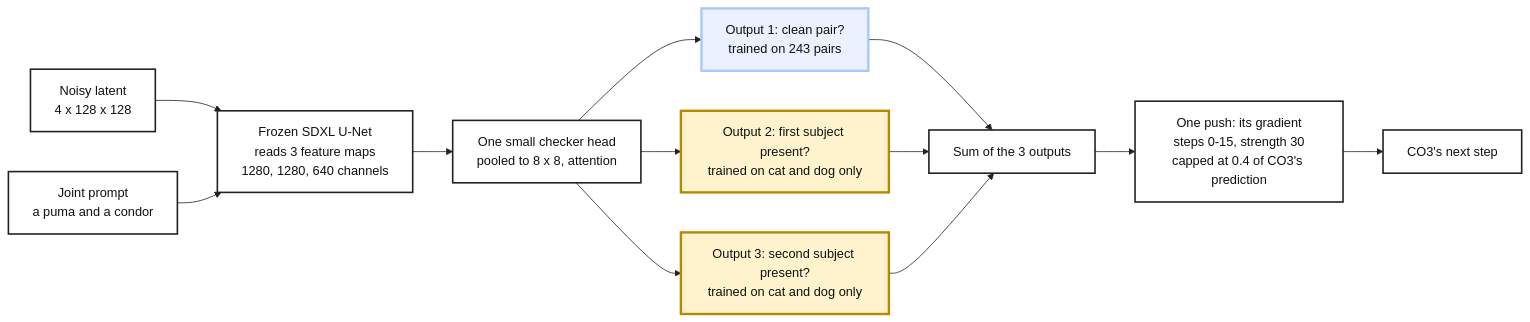
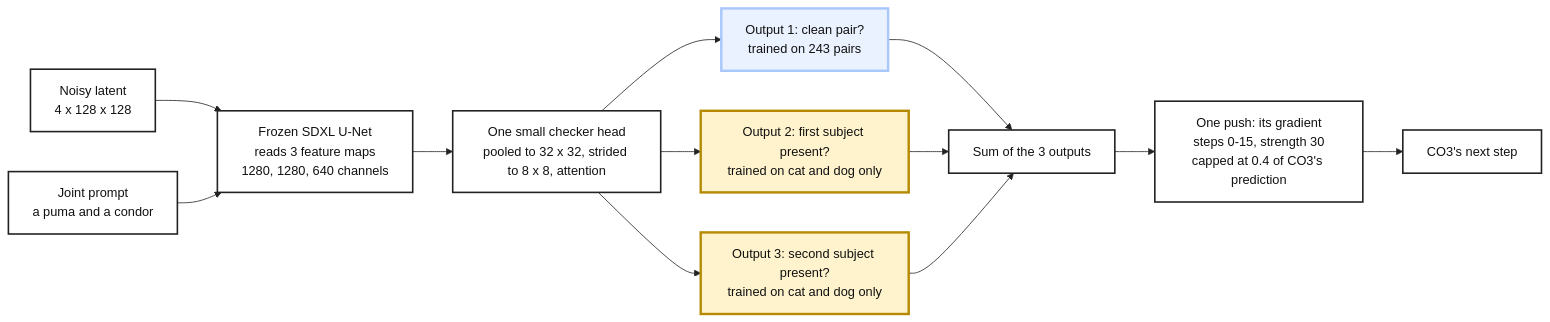
One commit to mo-rsa24/concept-composition changed the diagram in artifacts/notes/progress/method-search/01-beat-the-baseline/what-the-push-follows.mmd. Above: the diagram before and after it, drawn with Mermaid. The commit also changed 6 other files, not shown here.

```diff
--- a/artifacts/notes/progress/method-search/01-beat-the-baseline/what-the-push-follows.mmd
+++ b/artifacts/notes/progress/method-search/01-beat-the-baseline/what-the-push-follows.mmd
@@ -1,27 +1,27 @@
 %%{init: {'theme': 'base', 'themeVariables': {'fontFamily': 'monospace', 'primaryColor': '#ffffff', 'primaryBorderColor': '#222222', 'primaryTextColor': '#111111', 'lineColor': '#222222'}}}%%
 flowchart LR
   classDef plain fill:#ffffff,stroke:#222222,stroke-width:2px,color:#111111
   classDef good fill:#eaf1ff,stroke:#a8c7fa,stroke-width:3px,color:#111111
   classDef warn fill:#fff3cd,stroke:#b58900,stroke-width:3px,color:#111111
 
   X["Noisy latent<br/>4 x 128 x 128"]
   P["Joint prompt<br/>a puma and a condor"]
   U["Frozen SDXL U-Net<br/>reads 3 feature maps<br/>1280, 1280, 640 channels"]
-  H["One small checker head<br/>pooled to 8 x 8, attention"]
+  H["One small checker head<br/>pooled to 32 x 32, strided to 8 x 8, attention"]
   C["Output 1: clean pair?<br/>trained on 243 pairs"]
   A["Output 2: first subject present?<br/>trained on cat and dog only"]
   B["Output 3: second subject present?<br/>trained on cat and dog only"]
   S["Sum of the 3 outputs"]
   G["One push: its gradient<br/>steps 0-15, strength 30<br/>capped at 0.4 of CO3's prediction"]
   E["CO3's next step"]
 
   X --> U
   P --> U
   U --> H
   H --> C & A & B
   C & A & B --> S
   S --> G --> E
 
   class X,P,U,H,S,G,E plain
   class C good
   class A,B warn
```
